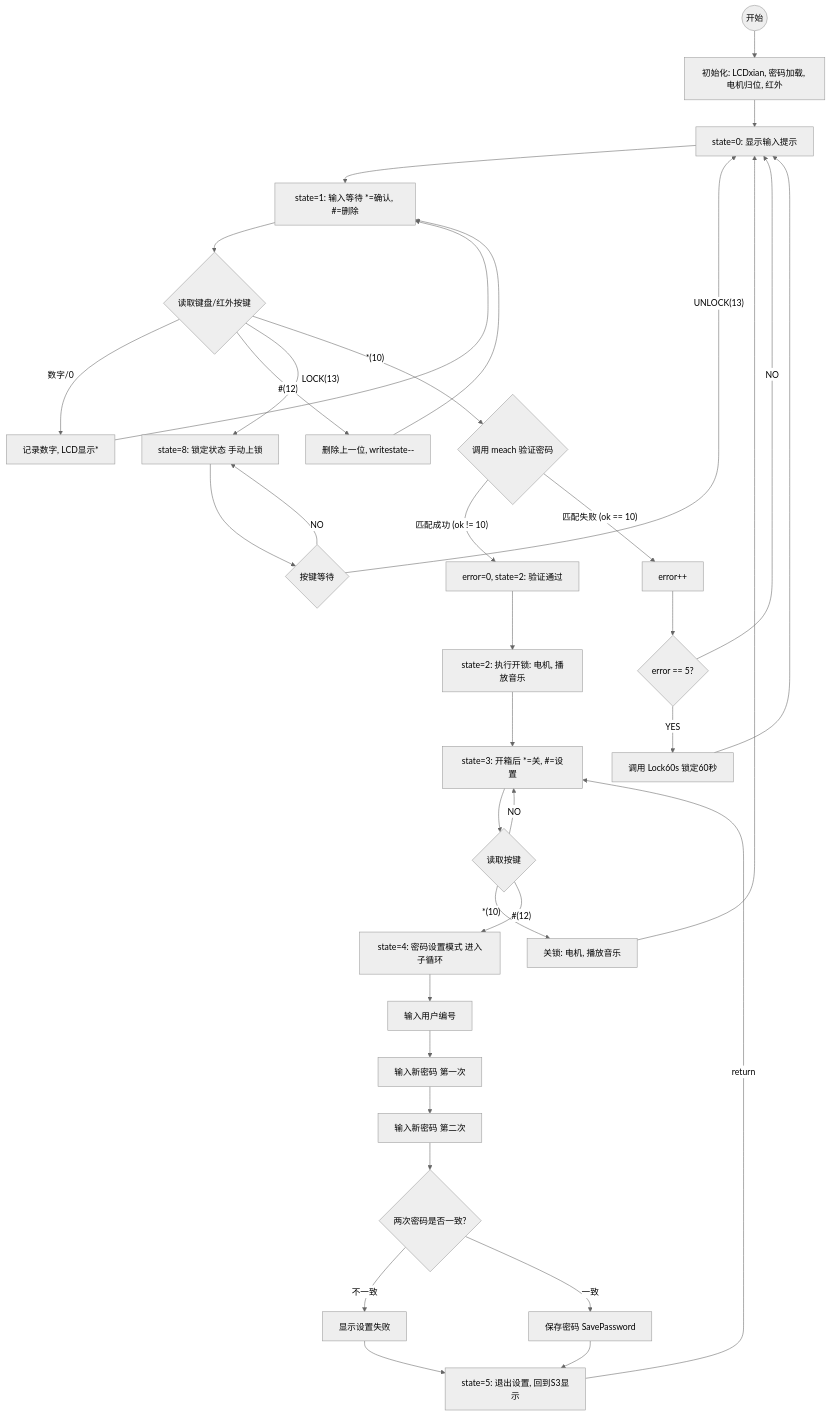
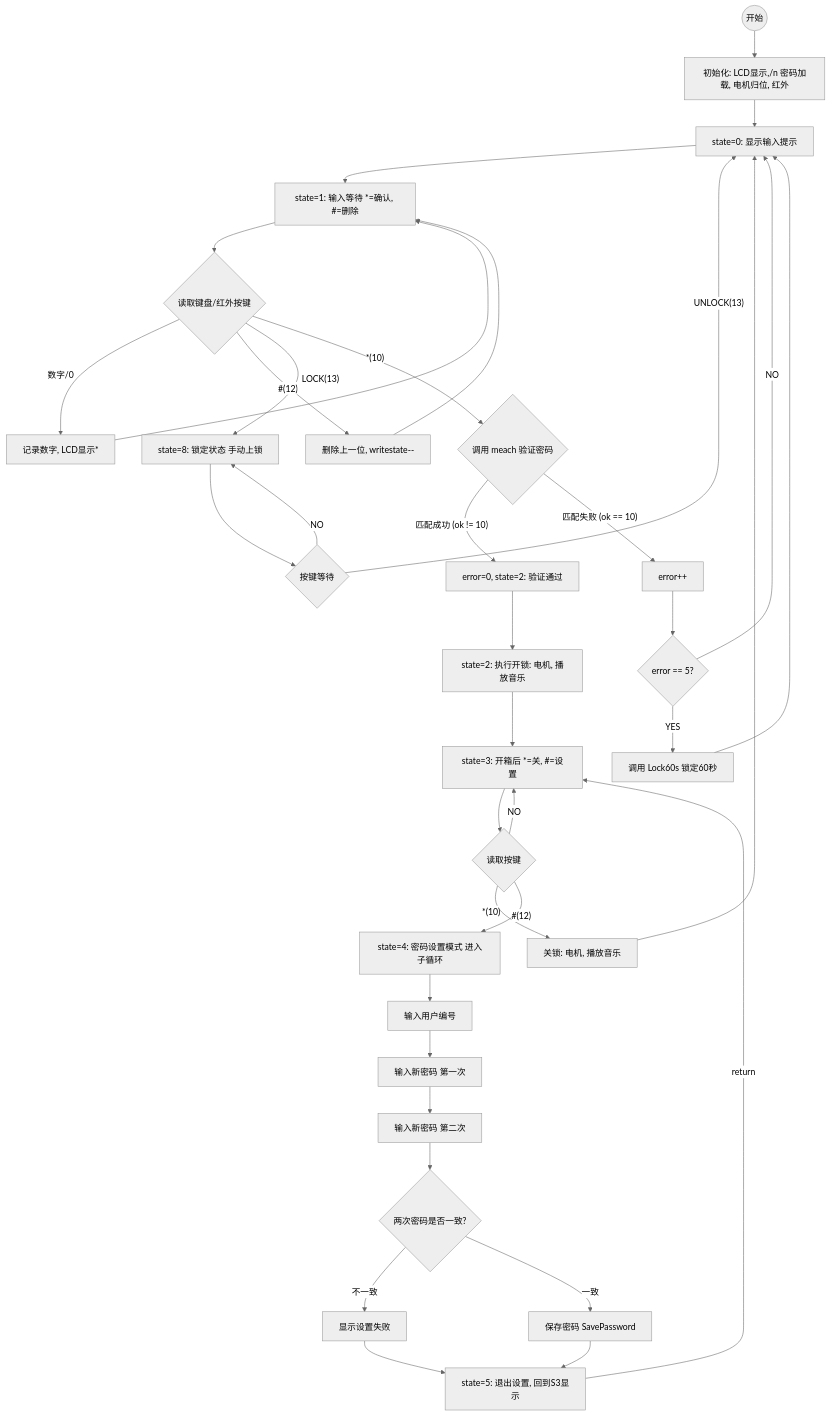
The diagram in all/未命名-1.md (ksxyh-22/iodraw-files), drawn with Mermaid (neutral theme) before and after one commit.

Commit message:
2025-10-11 11:06:40 update

````diff
--- a/all/未命名-1.md
+++ b/all/未命名-1.md
@@ -1,67 +1,67 @@
 ```mermaid
 graph TD
     %% 状态机主流程
-    START((开始)) --> INIT[初始化: LCDxian, 密码加载, 电机归位, 红外];
+    START((开始)) --> INIT[初始化: LCD显示,/n 密码加载, 电机归位, 红外];
     INIT --> S0[state=0: 显示输入提示];
 
     %% 状态 1: 密码输入与验证
     S0 --> S1[state=1: 输入等待 *=确认, #=删除];
     
     S1 --> INPUT{读取键盘/红外按键};
     
     INPUT -- 数字/0 --> DIGIT[记录数字, LCD显示*];
     DIGIT --> S1;
 
     INPUT -- #(12) --> DELETE[删除上一位, writestate--];
     DELETE --> S1;
 
     INPUT -- LOCK(13) --> S8[state=8: 锁定状态 手动上锁];
     
     INPUT -- *(10) --> VERIFY{调用 meach 验证密码};
     
     VERIFY -- 匹配成功 (ok != 10) --> S2_SUCCESS[error=0, state=2: 验证通过];
     
     VERIFY -- 匹配失败 (ok == 10) --> ERROR_COUNT[error++];
     
     ERROR_COUNT --> CHECK_ERRORS{error == 5?};
     
     CHECK_ERRORS -- NO --> S0;
 
     CHECK_ERRORS -- YES --> LOCK_60s[调用 Lock60s 锁定60秒];
     LOCK_60s --> S0;
 
     %% 状态 2, 3, 5: 开锁后的操作
     S2_SUCCESS --> S2_OPEN[state=2: 执行开锁: 电机, 播放音乐];
     S2_OPEN --> S3[state=3: 开箱后 *=关, #=设置];
 
     S3 --> POST_KEY{读取按键};
     
     POST_KEY -- NO --> S3;
     
     POST_KEY -- *(10) --> S3_CLOSE[关锁: 电机, 播放音乐];
     S3_CLOSE --> S0;
     
     POST_KEY -- #(12) --> S4[state=4: 密码设置模式 进入子循环];
 
     %% 状态 4: 密码设置
     S4 --> S4_USER[输入用户编号];
     S4_USER --> S4_PASS1[输入新密码 第一次];
     S4_PASS1 --> S4_PASS2[输入新密码 第二次];
 
     S4_PASS2 --> S4_CHECK{两次密码是否一致?};
     
     S4_CHECK -- 不一致 --> S4_FAIL[显示设置失败];
     S4_FAIL --> S5[state=5: 退出设置, 回到S3显示];
 
     S4_CHECK -- 一致 --> S4_SAVE[保存密码 SavePassword];
     S4_SAVE --> S5;
     
     S5 -- return --> S3; 
     %% 回到开箱后状态的显示
 
     %% 状态 8: 锁定状态 (手动)
     S8 --> S8_WAIT{按键等待};
     
     S8_WAIT -- NO --> S8;
     S8_WAIT -- UNLOCK(13) --> S0;
 ```
````
